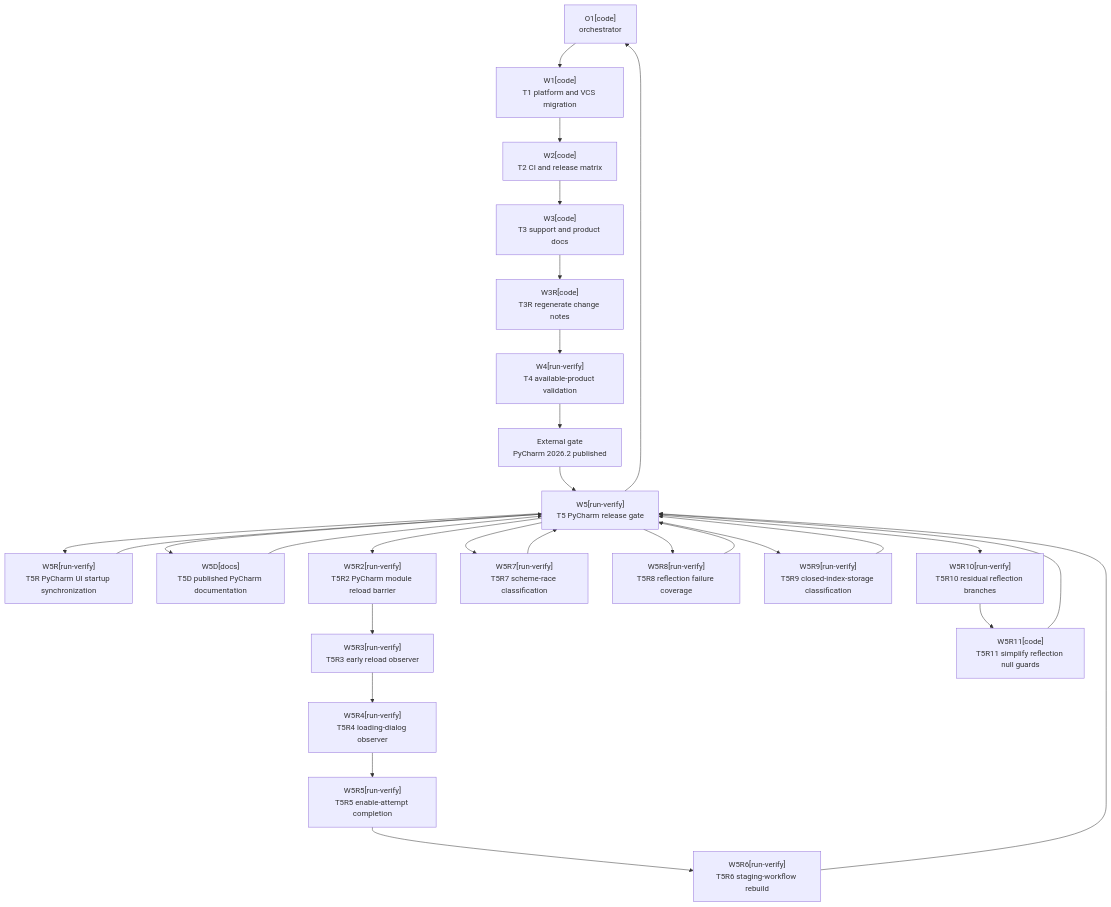
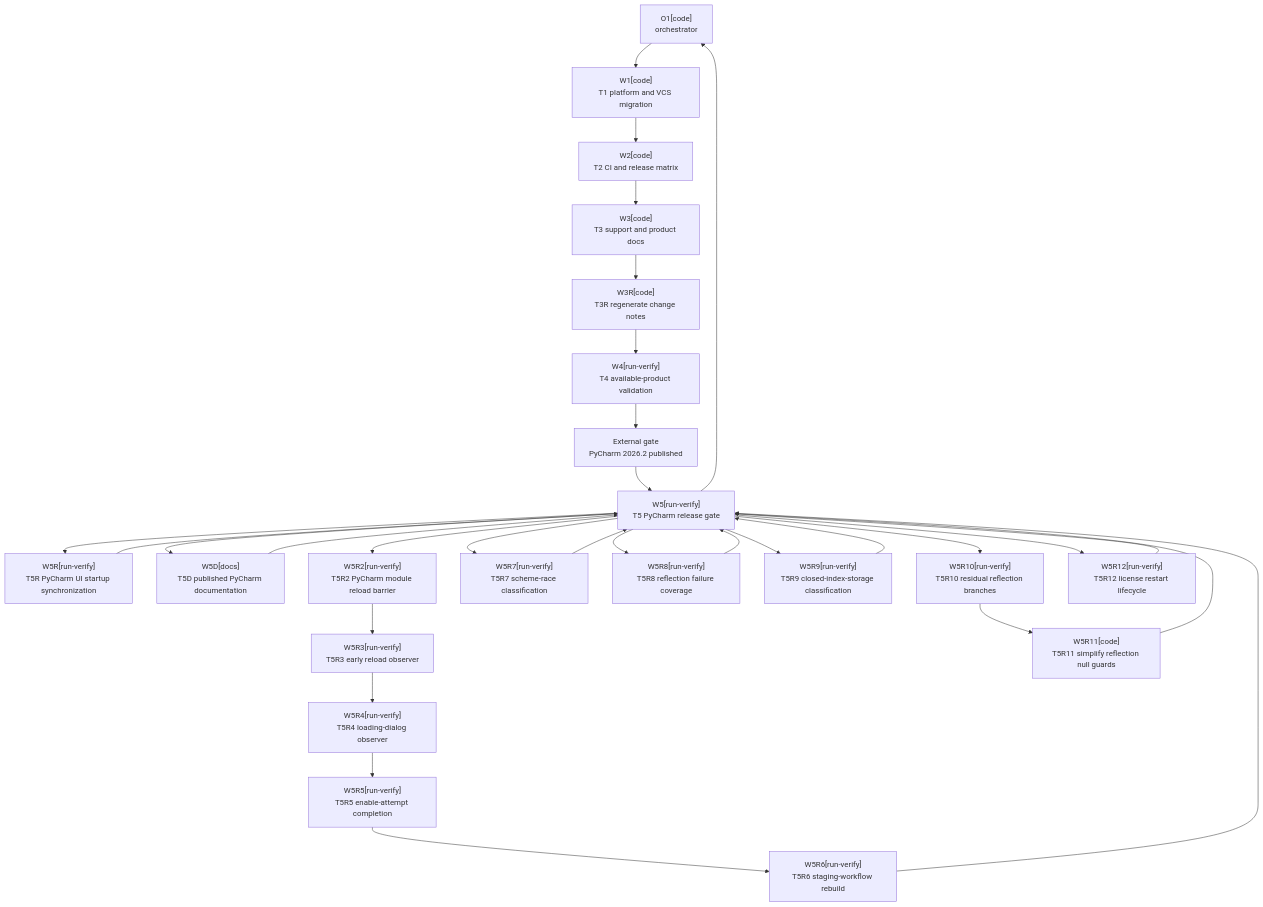
One commit to kamkie/intellij-ai-commit-all-plugin changed the diagram in .agents/plans/PLAN-intellij-2026-2-sdk-upgrade.md. Above: the diagram before and after it, drawn with Mermaid. The commit also changed other lines of this file and 1 other file, not shown here.

First line of the commit message:
docs(plan): add license restart remediation

````diff
--- a/.agents/plans/PLAN-intellij-2026-2-sdk-upgrade.md
+++ b/.agents/plans/PLAN-intellij-2026-2-sdk-upgrade.md
@@ -1353,24 +1426,25 @@
 ```mermaid
 flowchart TD
     O1["O1[code]<br/>orchestrator"]
     W1["W1[code]<br/>T1 platform and VCS migration"]
     W2["W2[code]<br/>T2 CI and release matrix"]
     W3["W3[code]<br/>T3 support and product docs"]
     W3R["W3R[code]<br/>T3R regenerate change notes"]
     W4["W4[run-verify]<br/>T4 available-product validation"]
     G1["External gate<br/>PyCharm 2026.2 published"]
     W5["W5[run-verify]<br/>T5 PyCharm release gate"]
     W5R["W5R[run-verify]<br/>T5R PyCharm UI startup synchronization"]
     W5D["W5D[docs]<br/>T5D published PyCharm documentation"]
     W5R2["W5R2[run-verify]<br/>T5R2 PyCharm module reload barrier"]
     W5R3["W5R3[run-verify]<br/>T5R3 early reload observer"]
     W5R4["W5R4[run-verify]<br/>T5R4 loading-dialog observer"]
     W5R5["W5R5[run-verify]<br/>T5R5 enable-attempt completion"]
     W5R6["W5R6[run-verify]<br/>T5R6 staging-workflow rebuild"]
     W5R7["W5R7[run-verify]<br/>T5R7 scheme-race classification"]
     W5R8["W5R8[run-verify]<br/>T5R8 reflection failure coverage"]
     W5R9["W5R9[run-verify]<br/>T5R9 closed-index-storage classification"]
     W5R10["W5R10[run-verify]<br/>T5R10 residual reflection branches"]
     W5R11["W5R11[code]<br/>T5R11 simplify reflection null guards"]
-    O1 --> W1 --> W2 --> W3 --> W3R --> W4 --> G1 --> W5 --> W5R --> W5 --> W5D --> W5 --> W5R2 --> W5R3 --> W5R4 --> W5R5 --> W5R6 --> W5 --> W5R7 --> W5 --> W5R8 --> W5 --> W5R9 --> W5 --> W5R10 --> W5R11 --> W5 --> O1
+    W5R12["W5R12[run-verify]<br/>T5R12 license restart lifecycle"]
+    O1 --> W1 --> W2 --> W3 --> W3R --> W4 --> G1 --> W5 --> W5R --> W5 --> W5D --> W5 --> W5R2 --> W5R3 --> W5R4 --> W5R5 --> W5R6 --> W5 --> W5R7 --> W5 --> W5R8 --> W5 --> W5R9 --> W5 --> W5R10 --> W5R11 --> W5 --> W5R12 --> W5 --> O1
 ```
````
